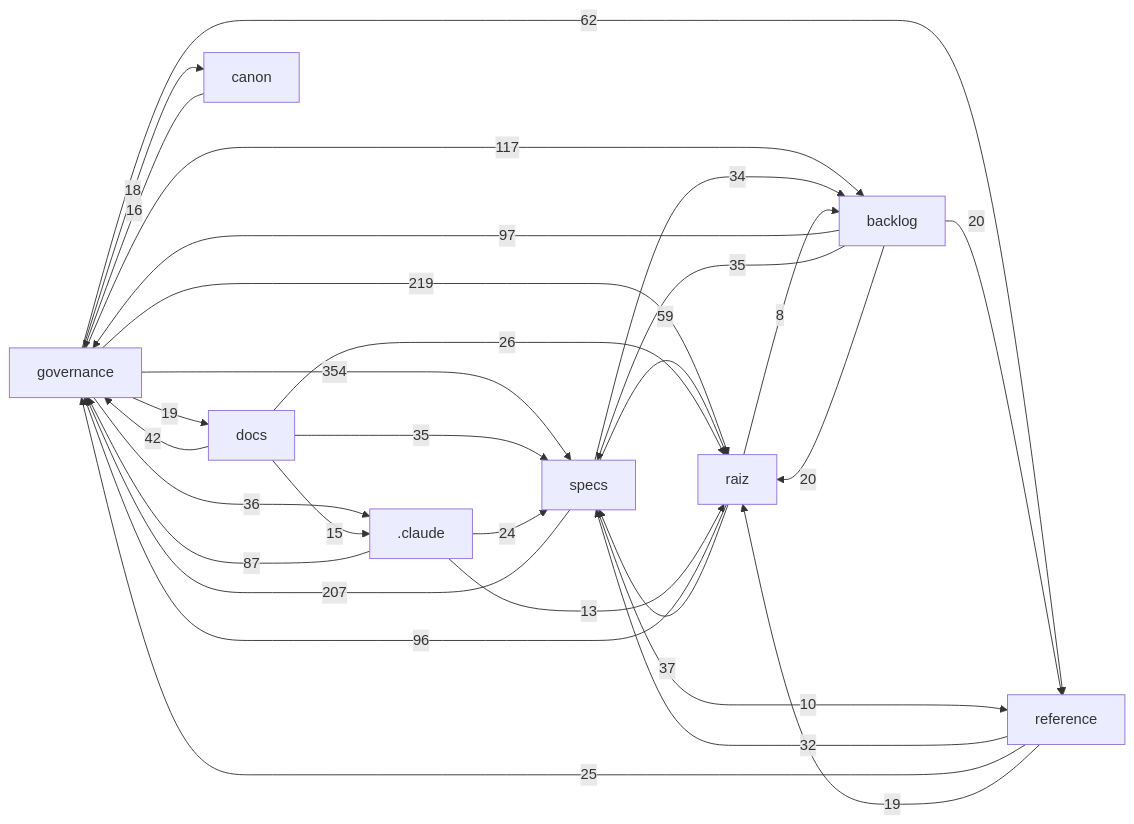
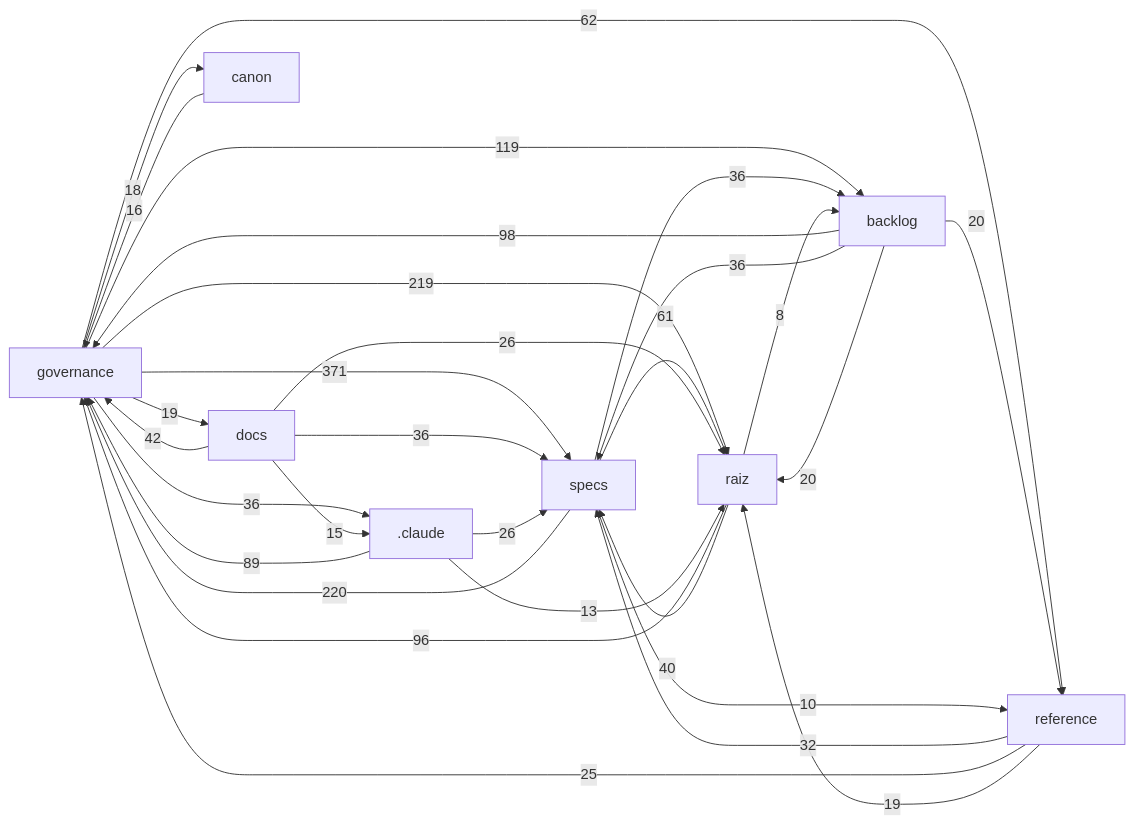
The diagram in docs/mapa/MAPA-PROJETO.md (Andraus35/Sistema-Operacional-de-Trading--SOT), drawn with Mermaid before and after one commit. The commit also changed other lines of this file and 11 other files, not shown here.

````diff
--- a/docs/mapa/MAPA-PROJETO.md
+++ b/docs/mapa/MAPA-PROJETO.md
@@ -30,32 +30,32 @@
 ```mermaid
 flowchart LR
-  governance["governance"] -->|354| specs["specs"]
+  governance["governance"] -->|371| specs["specs"]
+  specs["specs"] -->|220| governance["governance"]
   governance["governance"] -->|219| raiz["raiz"]
-  specs["specs"] -->|207| governance["governance"]
-  governance["governance"] -->|117| backlog["backlog"]
-  backlog["backlog"] -->|97| governance["governance"]
+  governance["governance"] -->|119| backlog["backlog"]
+  backlog["backlog"] -->|98| governance["governance"]
   raiz["raiz"] -->|96| governance["governance"]
-  _claude[".claude"] -->|87| governance["governance"]
+  _claude[".claude"] -->|89| governance["governance"]
   governance["governance"] -->|62| reference["reference"]
-  specs["specs"] -->|59| raiz["raiz"]
+  specs["specs"] -->|61| raiz["raiz"]
   docs["docs"] -->|42| governance["governance"]
-  raiz["raiz"] -->|37| specs["specs"]
+  raiz["raiz"] -->|40| specs["specs"]
+  backlog["backlog"] -->|36| specs["specs"]
+  docs["docs"] -->|36| specs["specs"]
   governance["governance"] -->|36| _claude[".claude"]
-  backlog["backlog"] -->|35| specs["specs"]
-  docs["docs"] -->|35| specs["specs"]
-  specs["specs"] -->|34| backlog["backlog"]
+  specs["specs"] -->|36| backlog["backlog"]
   reference["reference"] -->|32| specs["specs"]
+  _claude[".claude"] -->|26| specs["specs"]
   docs["docs"] -->|26| raiz["raiz"]
   reference["reference"] -->|25| governance["governance"]
-  _claude[".claude"] -->|24| specs["specs"]
   backlog["backlog"] -->|20| raiz["raiz"]
   backlog["backlog"] -->|20| reference["reference"]
   governance["governance"] -->|19| docs["docs"]
   reference["reference"] -->|19| raiz["raiz"]
   governance["governance"] -->|18| canon["canon"]
   canon["canon"] -->|16| governance["governance"]
   docs["docs"] -->|15| _claude[".claude"]
   _claude[".claude"] -->|13| raiz["raiz"]
   specs["specs"] -->|10| reference["reference"]
   raiz["raiz"] -->|8| backlog["backlog"]
 ```
````
